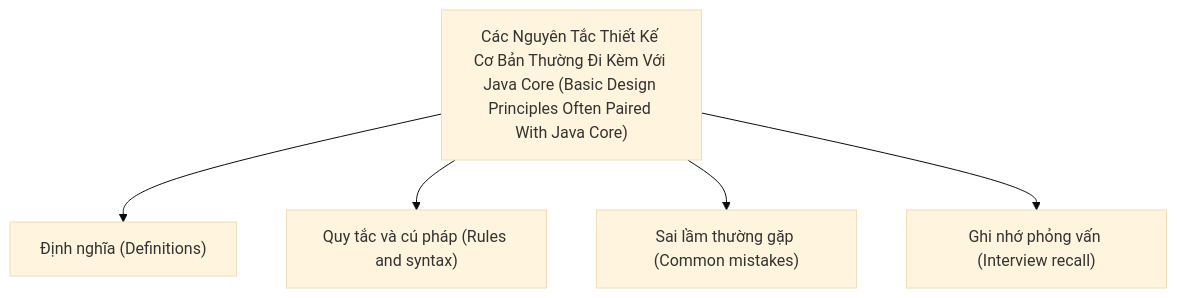
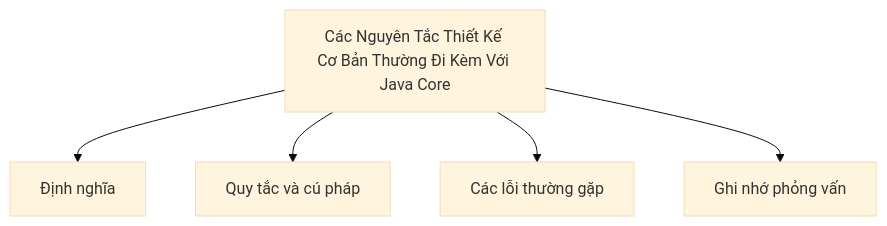
The diagram in vi/42-design-principles/README.md (PhuThien2005/theoretical-of-java-core), drawn with Mermaid (base theme) before and after one commit. The commit also changed other lines of this file and 229 other files, not shown here.

````diff
--- a/vi/42-design-principles/README.md
+++ b/vi/42-design-principles/README.md
@@ -32,7 +32,7 @@
 ```mermaid
 flowchart TD
-    A["Các Nguyên Tắc Thiết Kế Cơ Bản Thường Đi Kèm Với Java Core (Basic Design Principles Often Paired With Java Core)"] --> B["Định nghĩa (Definitions)"]
-    A --> C["Quy tắc và cú pháp (Rules and syntax)"]
-    A --> D["Sai lầm thường gặp (Common mistakes)"]
-    A --> E["Ghi nhớ phỏng vấn (Interview recall)"]
+    A[Các Nguyên Tắc Thiết Kế Cơ Bản Thường Đi Kèm Với Java Core] --> B[Định nghĩa]
+    A --> C[Quy tắc và cú pháp]
+    A --> D[Các lỗi thường gặp]
+    A --> E[Ghi nhớ phỏng vấn]
 ```
````
